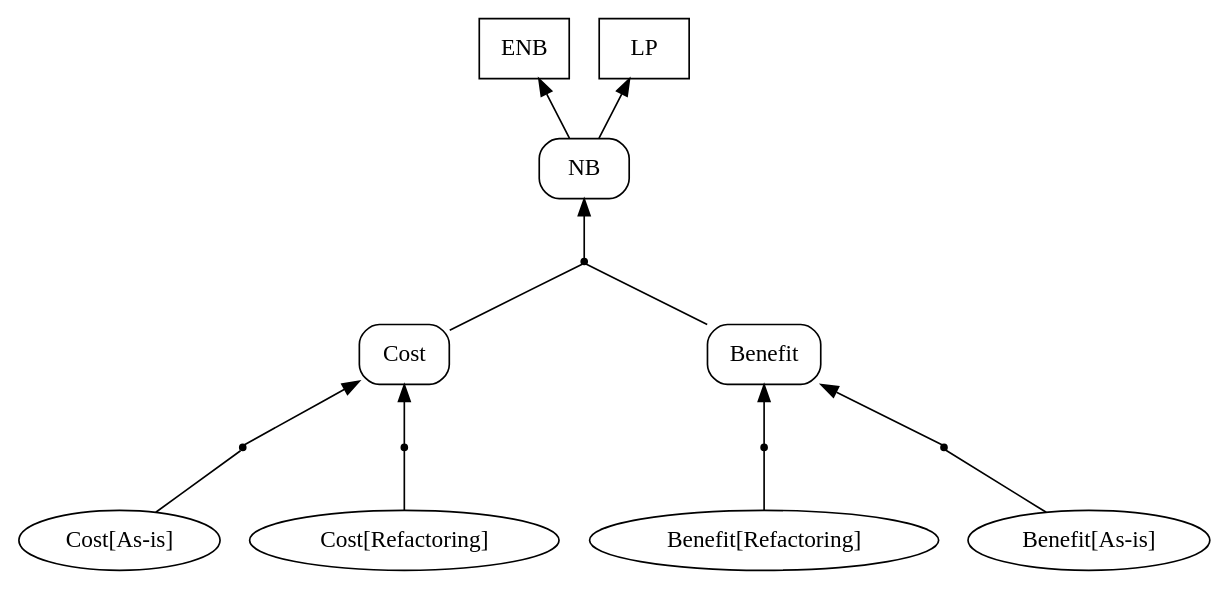
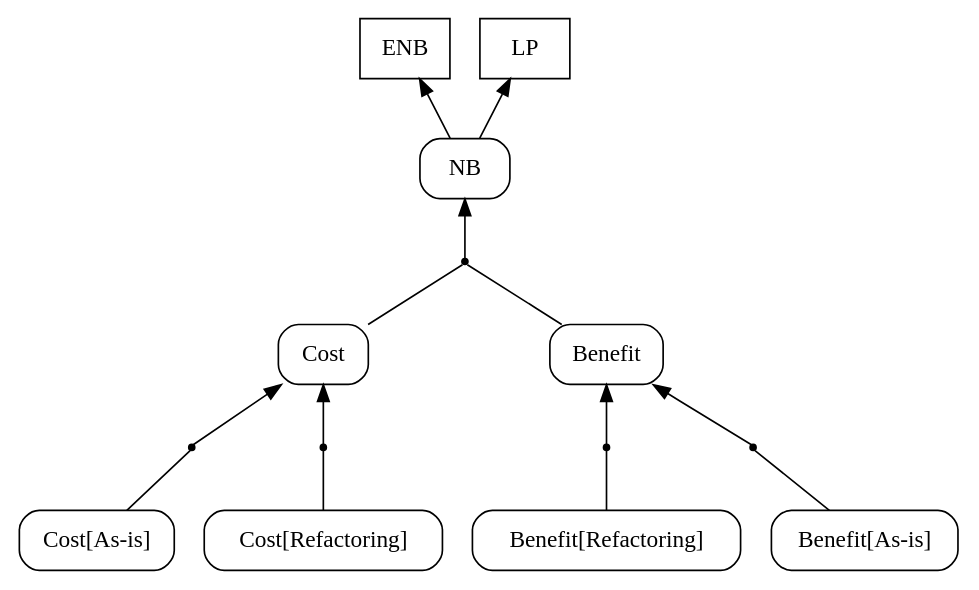
Before and after one commit to sbusari/RADAR2: the diagram in uk.ac.ucl.cs.examples/CBA/ICSE/AnalysisResult/graph/CBAvgraph.dot, drawn with Graphviz. The commit also changed 60 other files, not shown here.

```diff
--- a/uk.ac.ucl.cs.examples/CBA/ICSE/AnalysisResult/graph/CBAvgraph.dot
+++ b/uk.ac.ucl.cs.examples/CBA/ICSE/AnalysisResult/graph/CBAvgraph.dot
@@ -1,26 +1,30 @@
 digraph G { 
 rankdir = BT 
 AndRef0[shape = point] 
+"Benefit[As-is]"[shape = box, style = rounded] 
 AndRef0->"Benefit"
 "Benefit[As-is]"->AndRef0 [dir = none] 
 AndRef1[shape = point] 
+"Benefit[Refactoring]"[shape = box, style = rounded] 
 AndRef1->"Benefit"
 "Benefit[Refactoring]"->AndRef1 [dir = none] 
 "Benefit"[shape = box, style = rounded] 
 AndRef2[shape = point] 
+"Cost[As-is]"[shape = box, style = rounded] 
 AndRef2->"Cost"
 "Cost[As-is]"->AndRef2 [dir = none] 
 AndRef3[shape = point] 
+"Cost[Refactoring]"[shape = box, style = rounded] 
 AndRef3->"Cost"
 "Cost[Refactoring]"->AndRef3 [dir = none] 
 "Cost"[shape = box, style = rounded] 
 "NB"[shape = box, style = rounded] 
 AndRef4[shape = point] 
 AndRef4->"NB"
 "Benefit"->AndRef4 [dir = none] 
 "Cost"->AndRef4 [dir = none] 
 ENB [shape = box] 
 NB->"ENB"
 LP [shape = box] 
 NB->"LP"
 }
```
